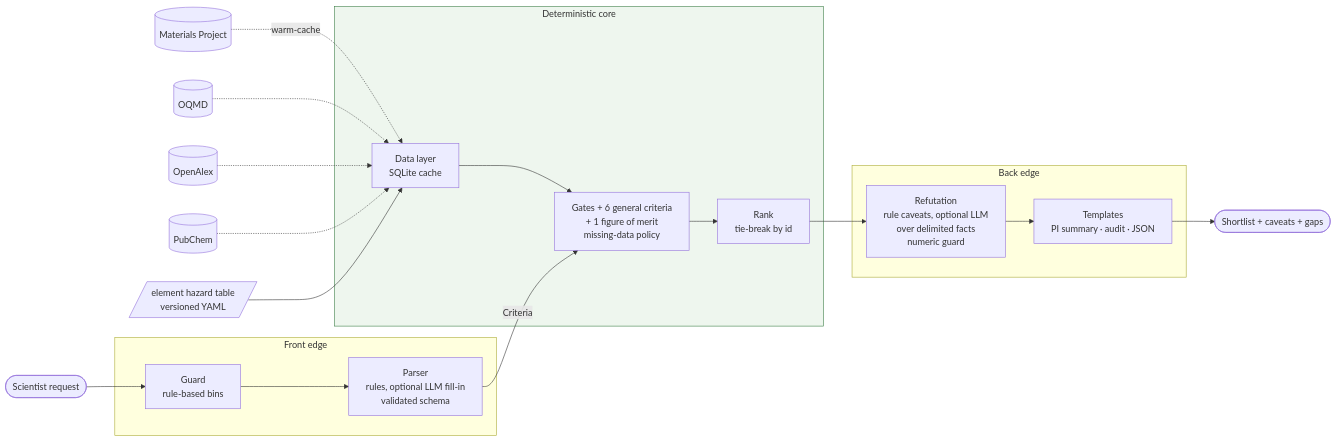
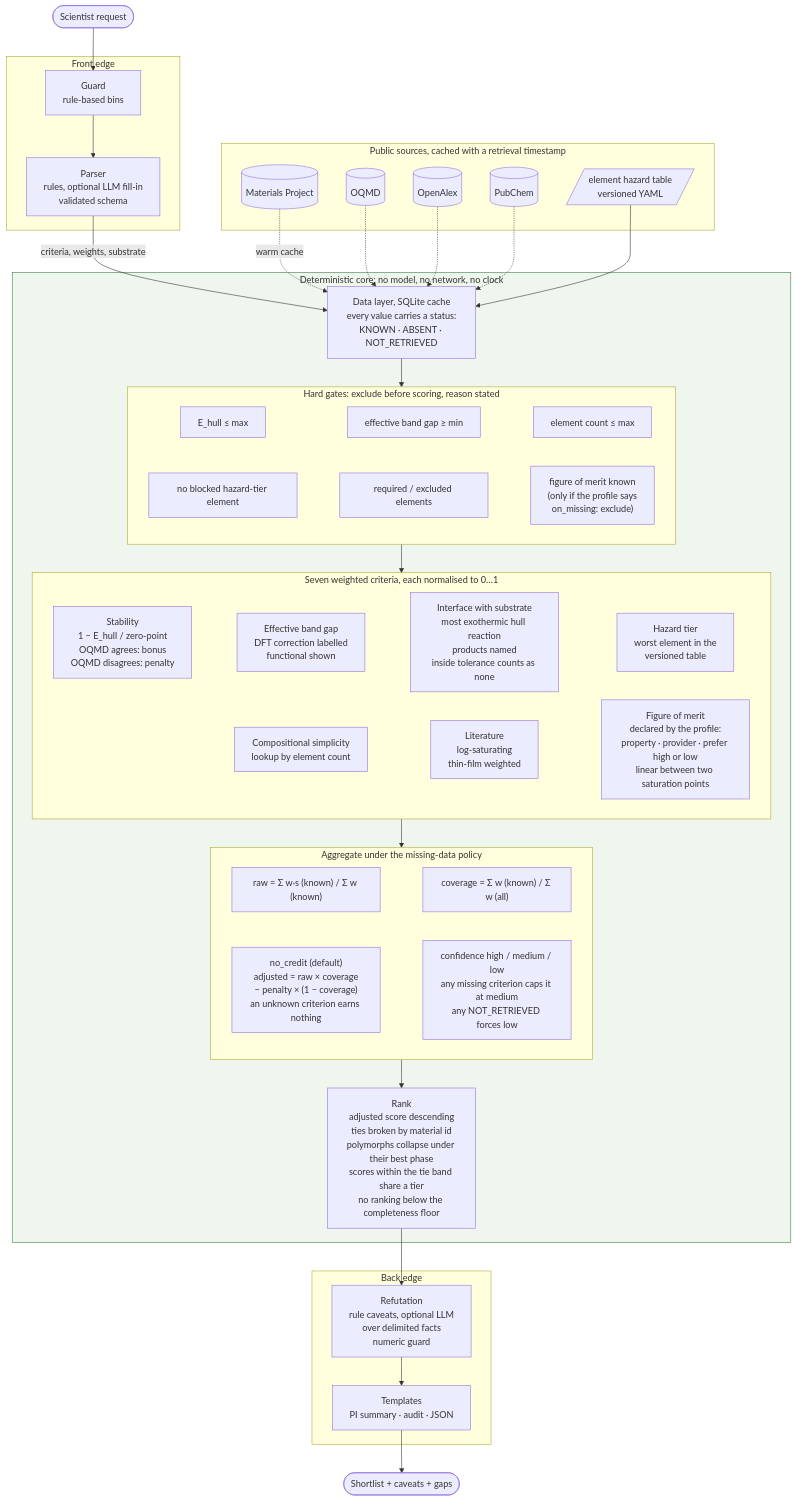
The diagram in docs/design-note.md (a-bissell/Oxbow), drawn with Mermaid before and after one commit.

Commit message:
Expand the design-note diagram to show the deterministic core
Show the gates, the seven criteria with their scoring rules, the
missing-data aggregation and the rank step as their own rows, since the
core is most of the system. Switch the flow to top-to-bottom so the text
stays legible at GitHub's rendered width.

````diff
--- a/docs/design-note.md
+++ b/docs/design-note.md
@@ -20,22 +20,43 @@
 ```mermaid
-flowchart LR
+flowchart TB
+    REQ([Scientist request]) --> G
     subgraph EDGE_IN["Front edge"]
-        G[Guard<br/>rule-based bins] --> P[Parser<br/>rules, optional LLM fill-in<br/>validated schema]
+        G["Guard<br/>rule-based bins"] --> P["Parser<br/>rules, optional LLM fill-in<br/>validated schema"]
     end
-    subgraph CORE["Deterministic core "]
-        D[Data layer<br/>SQLite cache] --> S[Gates + 6 general criteria<br/>+ 1 figure of merit<br/>missing-data policy] --> R[Rank<br/>tie-break by id]
+    subgraph SRC["Public sources, cached with a retrieval timestamp"]
+        MP[("Materials Project")]
+        OQ[("OQMD")]
+        OA[("OpenAlex")]
+        PC[("PubChem")]
+        HZ[/"element hazard table<br/>versioned YAML"/]
+    end
+    subgraph CORE["Deterministic core: no model, no network, no clock"]
+        D["Data layer, SQLite cache<br/>every value carries a status:<br/>KNOWN · ABSENT · NOT_RETRIEVED"]
+        subgraph GATES["Hard gates: exclude before scoring, reason stated"]
+            G1["E_hull ≤ max"] ~~~ G2["effective band gap ≥ min"] ~~~ G3["element count ≤ max"]
+            G4["no blocked hazard-tier element"] ~~~ G5["required / excluded elements"] ~~~ G6["figure of merit known<br/>(only if the profile says<br/>on_missing: exclude)"]
+        end
+        subgraph CRIT["Seven weighted criteria, each normalised to 0…1"]
+            C1["Stability<br/>1 − E_hull / zero-point<br/>OQMD agrees: bonus<br/>OQMD disagrees: penalty"] ~~~ C2["Effective band gap<br/>DFT correction labelled<br/>functional shown"] ~~~ C3["Interface with substrate<br/>most exothermic hull reaction<br/>products named<br/>inside tolerance counts as none"] ~~~ C4["Hazard tier<br/>worst element in the<br/>versioned table"]
+            C5["Compositional simplicity<br/>lookup by element count"] ~~~ C6["Literature<br/>log-saturating<br/>thin-film weighted"] ~~~ C7["Figure of merit<br/>declared by the profile:<br/>property · provider · prefer high or low<br/>linear between two saturation points"]
+        end
+        subgraph AGG["Aggregate under the missing-data policy"]
+            A1["raw = Σ w·s (known) / Σ w (known)"] ~~~ A2["coverage = Σ w (known) / Σ w (all)"]
+            A3["no_credit (default)<br/>adjusted = raw × coverage<br/>− penalty × (1 − coverage)<br/>an unknown criterion earns nothing"] ~~~ A4["confidence high / medium / low<br/>any missing criterion caps it at medium<br/>any NOT_RETRIEVED forces low"]
+        end
+        R["Rank<br/>adjusted score descending<br/>ties broken by material id<br/>polymorphs collapse under their best phase<br/>scores within the tie band share a tier<br/>no ranking below the completeness floor"]
+        D --> GATES --> CRIT --> AGG --> R
     end
     subgraph EDGE_OUT["Back edge"]
-        F[Refutation<br/>rule caveats, optional LLM<br/>over delimited facts<br/>numeric guard] --> T[Templates<br/>PI summary · audit · JSON]
+        F["Refutation<br/>rule caveats, optional LLM<br/>over delimited facts<br/>numeric guard"] --> T["Templates<br/>PI summary · audit · JSON"]
     end
-    REQ([Scientist request]) --> G
-    P -->|Criteria| S
+    P -->|"criteria, weights, substrate"| D
+    MP -.warm cache.-> D
+    OQ -.-> D
+    OA -.-> D
+    PC -.-> D
+    HZ --> D
     R --> F
     T --> OUT([Shortlist + caveats + gaps])
-    MP[(Materials Project)] -.warm-cache.-> D
-    OQ[(OQMD)] -.-> D
-    OA[(OpenAlex)] -.-> D
-    PC[(PubChem)] -.-> D
-    HZ[/element hazard table<br/>versioned YAML/] --> D
     style CORE fill:#eef6ee,stroke:#3a7d44
 ```
````
